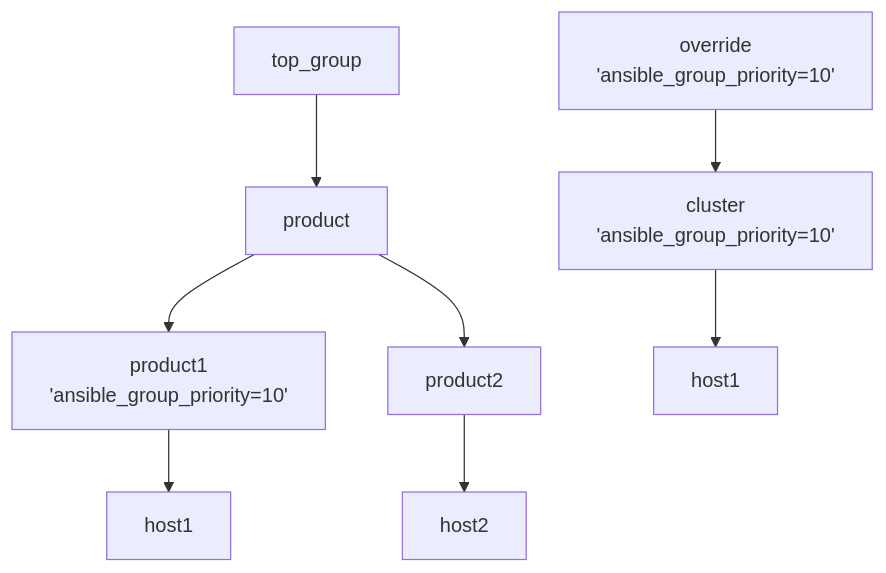
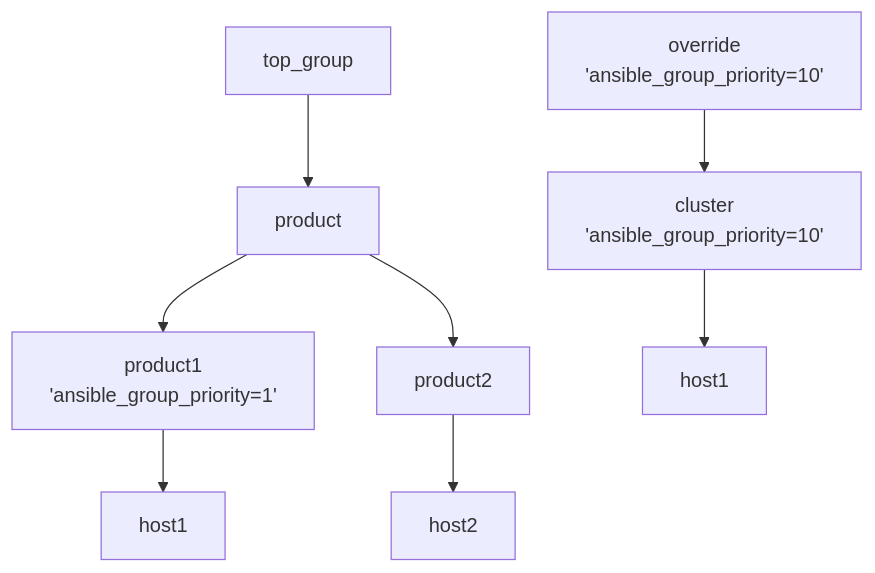
One commit to lj020326/Ansible-inventory-file-examples changed the diagram in tests/ansible-group-priority/example3/README.md. Above: the diagram before and after it, drawn with Mermaid.

Commit message:
develop-lj - 	modified:   tests/ansible-group-priority/example3/README.md

````diff
--- a/tests/ansible-group-priority/example3/README.md
+++ b/tests/ansible-group-priority/example3/README.md
@@ -11,10 +11,10 @@
 ```mermaid
 graph TD;
     A[top_group] --> C[product]
     B[override<br>'ansible_group_priority=10'] --> F[cluster<br>'ansible_group_priority=10']
-    C --> D["product1<br>'ansible_group_priority=10'"]
+    C --> D["product1<br>'ansible_group_priority=1'"]
     C --> E["product2"]
     D --> H["host1"]
     E --> I["host2"]
     F --> J["host1"]
 ```
````
